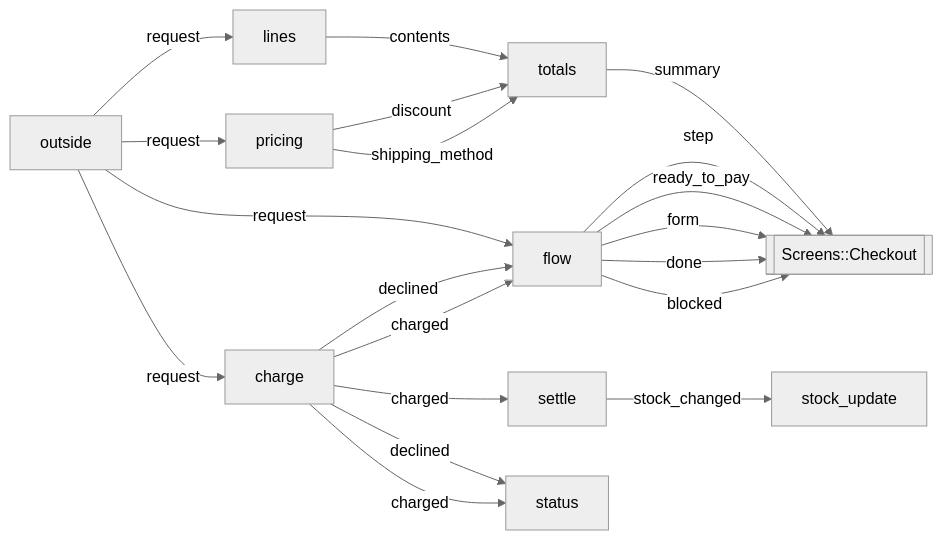
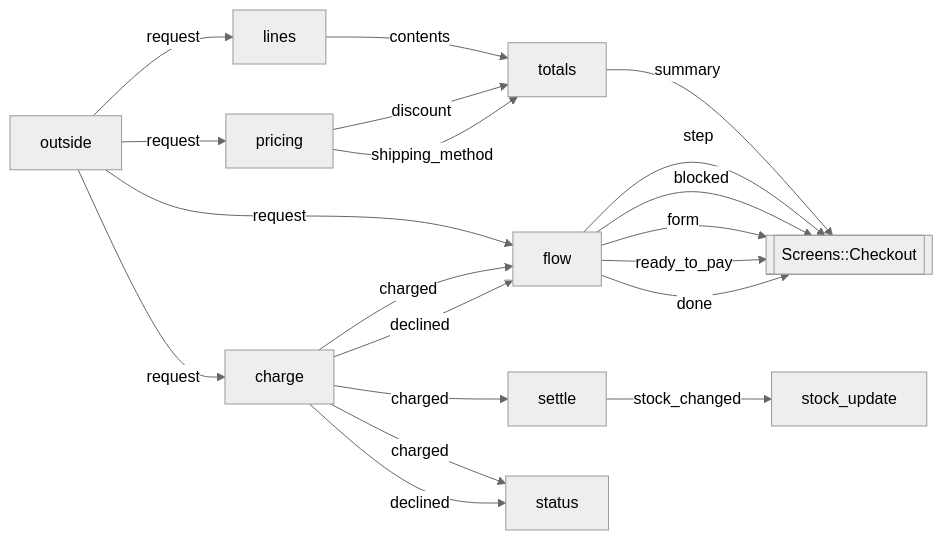
The diagram in v06-plain-rails/docs/diagrams/running/checkout.md (modellurgist/ala_variants_ruby), drawn with Mermaid (neutral theme) before and after one commit. The commit also changed other lines of this file and 2574 other files, not shown here.

````diff
--- a/v06-plain-rails/docs/diagrams/running/checkout.md
+++ b/v06-plain-rails/docs/diagrams/running/checkout.md
@@ -3,31 +3,31 @@
 ```mermaid
 flowchart LR
   screen[[Screens::Checkout]]
   lines[lines]
   totals[totals]
   pricing[pricing]
   flow[flow]
   charge[charge]
   settle[settle]
   status[status]
   stock_update[stock_update]
   outside -- request --> lines
   lines -- contents --> totals
   totals -- summary --> screen
   outside -- request --> flow
   flow -- step --> screen
-  flow -- ready_to_pay --> screen
-  outside -- request --> charge
-  charge -- declined --> flow
-  charge -- declined --> status
+  flow -- blocked --> screen
   outside -- request --> pricing
   pricing -- discount --> totals
   pricing -- shipping_method --> totals
   flow -- form --> screen
+  flow -- ready_to_pay --> screen
+  outside -- request --> charge
   charge -- charged --> settle
   settle -- stock_changed --> stock_update
   charge -- charged --> flow
   flow -- done --> screen
   charge -- charged --> status
-  flow -- blocked --> screen
+  charge -- declined --> flow
+  charge -- declined --> status
 ```
````
